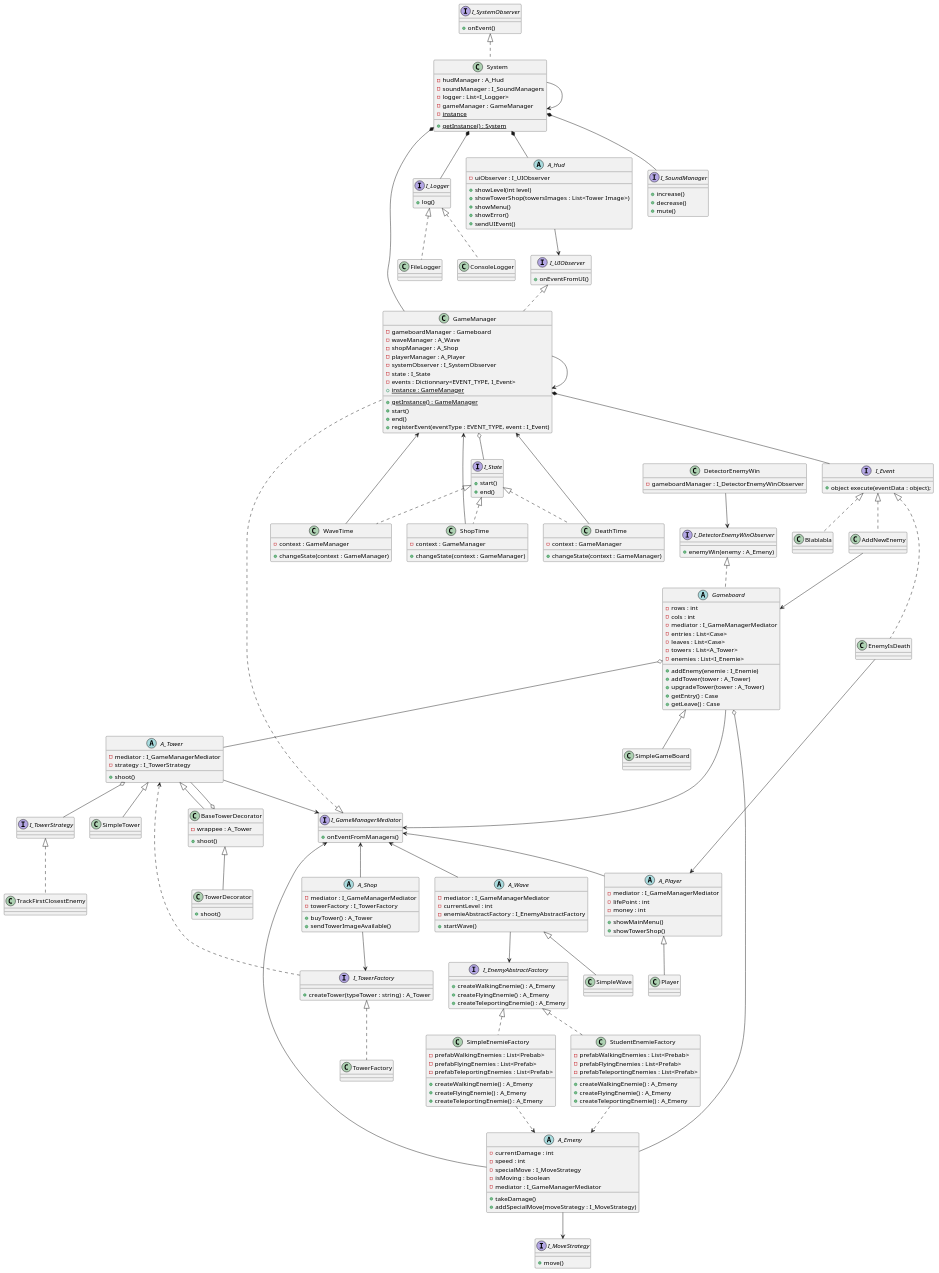
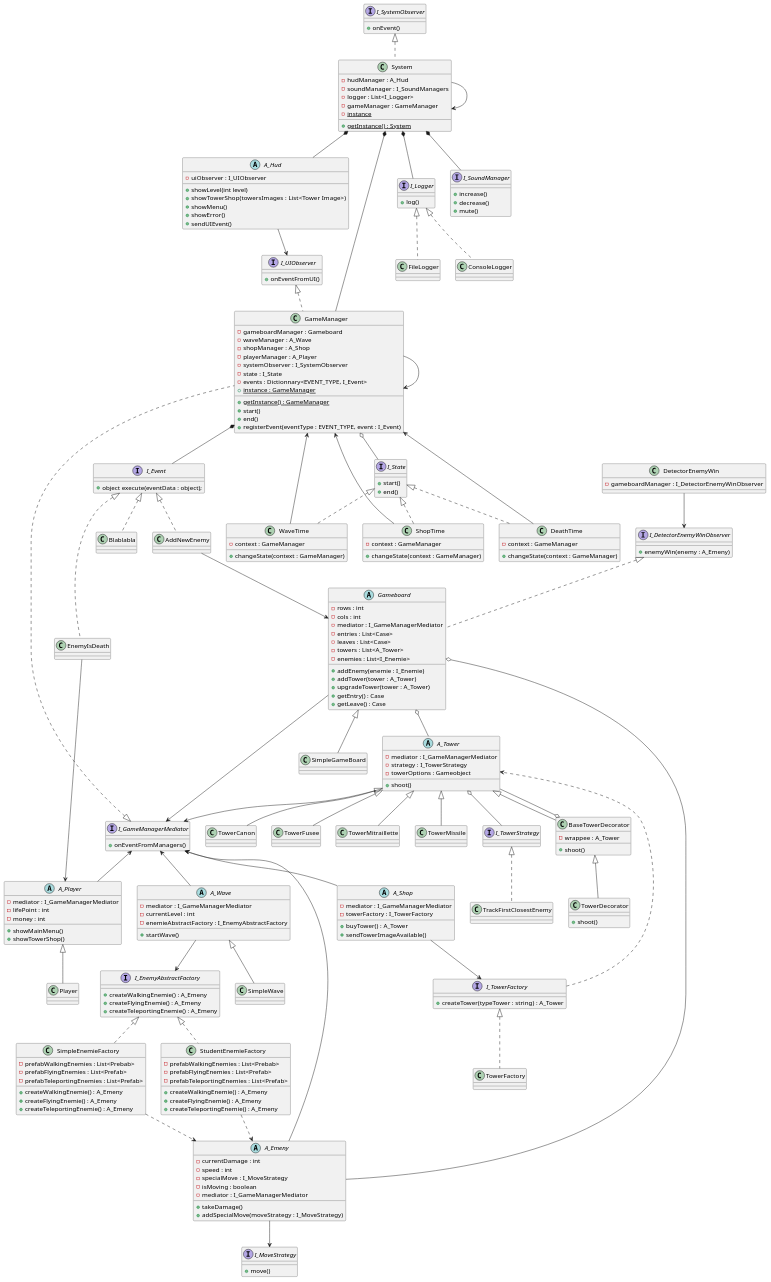
The diagram in uml.plantuml (bobylatruffe/tower_defense), drawn with PlantUML before and after one commit. The commit also changed 3 other files, not shown here.

```diff
--- a/uml.plantuml
+++ b/uml.plantuml
@@ -242,12 +242,25 @@
 abstract class A_Tower {
     - mediator : I_GameManagerMediator
     - strategy : I_TowerStrategy
+    - towerOptions : Gameobject
     + shoot()
 }
 
 A_Tower --> I_GameManagerMediator
 
-class SimpleTower extends A_Tower {
+class TowerCanon extends A_Tower {
+    
+}
+
+class TowerFusee extends A_Tower {
+    
+}
+
+class TowerMitraillette extends A_Tower {
+    
+}
+
+class TowerMissile extends A_Tower {
     
 }
 
```
